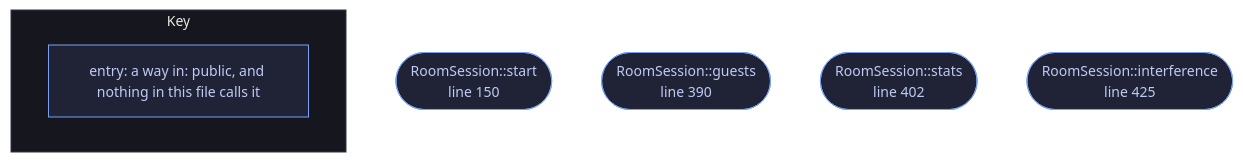
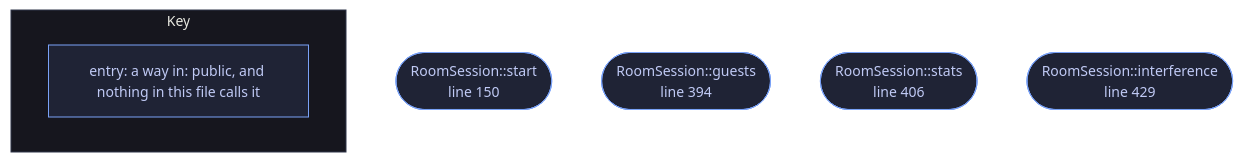
The diagram in docs/files/veilvoice-audio/room.md (tilas01/veilvoice), drawn with Mermaid before and after one commit. The commit also changed other lines of this file and 80 other files, not shown here.

````diff
--- a/docs/files/veilvoice-audio/room.md
+++ b/docs/files/veilvoice-audio/room.md
@@ -127,19 +127,19 @@
 ```mermaid
 %%{init: {"theme":"base","themeVariables":{"background":"#1a1b26","primaryColor":"#1f2335","primaryTextColor":"#c0caf5","primaryBorderColor":"#7aa2f7","secondaryColor":"#16161e","tertiaryColor":"#16161e","lineColor":"#737aa2","textColor":"#c0caf5","mainBkg":"#1f2335","nodeBorder":"#7aa2f7","clusterBkg":"#16161e","clusterBorder":"#2f3549","fontFamily":"ui-monospace, SFMono-Regular, Consolas, monospace","fontSize":"14px"}}}%%
 flowchart TD
     n_start(["RoomSession::start<br/>line 150"])
-    n_guests(["RoomSession::guests<br/>line 390"])
-    n_stats(["RoomSession::stats<br/>line 402"])
-    n_interference(["RoomSession::interference<br/>line 425"])
+    n_guests(["RoomSession::guests<br/>line 394"])
+    n_stats(["RoomSession::stats<br/>line 406"])
+    n_interference(["RoomSession::interference<br/>line 429"])
     click n_start href "https://github.com/tilas01/veilvoice/blob/main/crates/veilvoice-audio/src/room.rs#L150" "open the source"
-    click n_guests href "https://github.com/tilas01/veilvoice/blob/main/crates/veilvoice-audio/src/room.rs#L390" "open the source"
-    click n_stats href "https://github.com/tilas01/veilvoice/blob/main/crates/veilvoice-audio/src/room.rs#L402" "open the source"
-    click n_interference href "https://github.com/tilas01/veilvoice/blob/main/crates/veilvoice-audio/src/room.rs#L425" "open the source"
+    click n_guests href "https://github.com/tilas01/veilvoice/blob/main/crates/veilvoice-audio/src/room.rs#L394" "open the source"
+    click n_stats href "https://github.com/tilas01/veilvoice/blob/main/crates/veilvoice-audio/src/room.rs#L406" "open the source"
+    click n_interference href "https://github.com/tilas01/veilvoice/blob/main/crates/veilvoice-audio/src/room.rs#L429" "open the source"
     classDef entry fill:#1f2335,stroke:#7aa2f7,color:#c0caf5
     class n_start,n_guests,n_stats,n_interference entry
     subgraph chart_key ["Key"]
         direction LR
         key_entry["entry: a way in: public, and nothing in this file calls it"]
     end
     class key_entry entry
 ```
````
